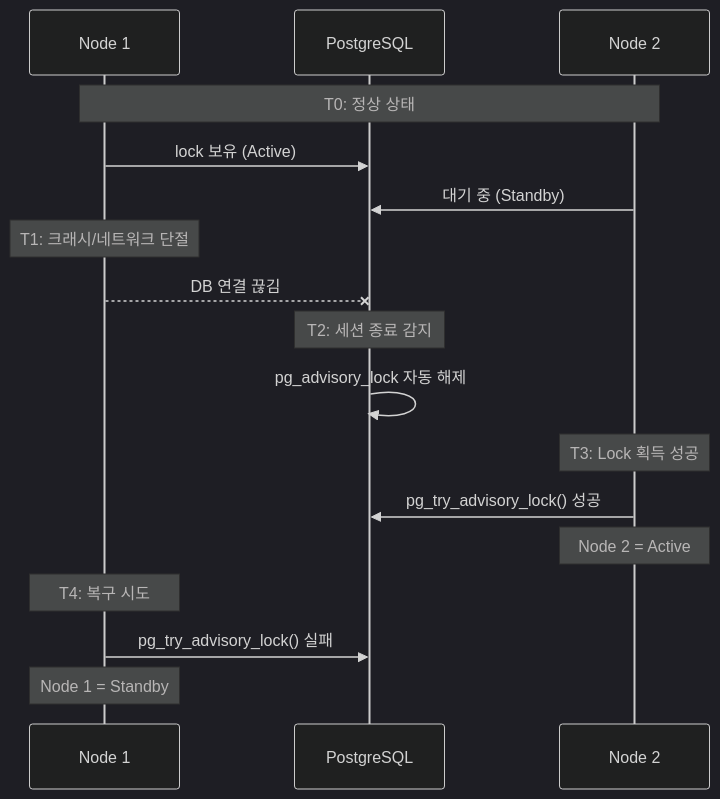
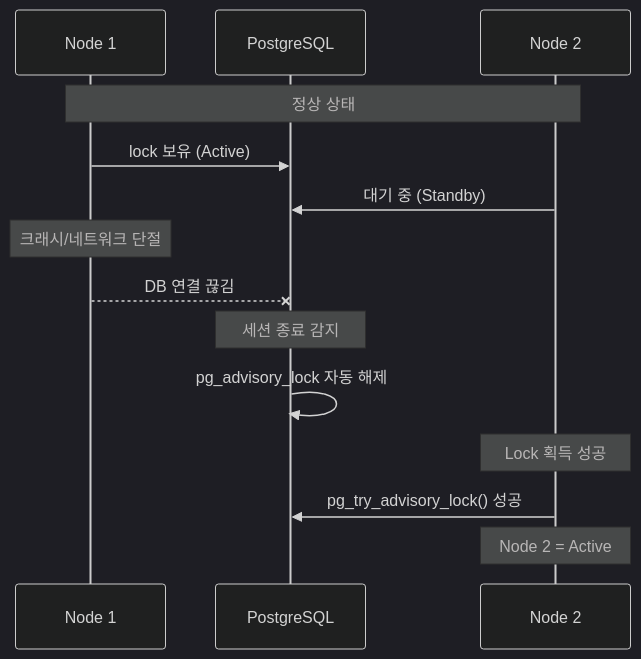
One commit to cagojeiger/code-hub changed the second of 2 diagrams in docs/spec_v2/components/coordinator.md. Above: the diagram before and after it, drawn with Mermaid (dark theme). The commit also changed other lines of this file and 14 other files, not shown here.

````diff
--- a/docs/spec_v2/components/coordinator.md
+++ b/docs/spec_v2/components/coordinator.md
@@ -63,24 +57,20 @@
 ```mermaid
 sequenceDiagram
     participant N1 as Node 1
     participant PG as PostgreSQL
     participant N2 as Node 2
 
-    Note over N1,N2: T0: 정상 상태
+    Note over N1,N2: 정상 상태
     N1->>PG: lock 보유 (Active)
     N2->>PG: 대기 중 (Standby)
 
-    Note over N1: T1: 크래시/네트워크 단절
+    Note over N1: 크래시/네트워크 단절
     N1--xPG: DB 연결 끊김
 
-    Note over PG: T2: 세션 종료 감지
+    Note over PG: 세션 종료 감지
     PG->>PG: pg_advisory_lock 자동 해제
 
-    Note over N2: T3: Lock 획득 성공
+    Note over N2: Lock 획득 성공
     N2->>PG: pg_try_advisory_lock() 성공
     Note over N2: Node 2 = Active
-
-    Note over N1: T4: 복구 시도
-    N1->>PG: pg_try_advisory_lock() 실패
-    Note over N1: Node 1 = Standby
 ```
````
